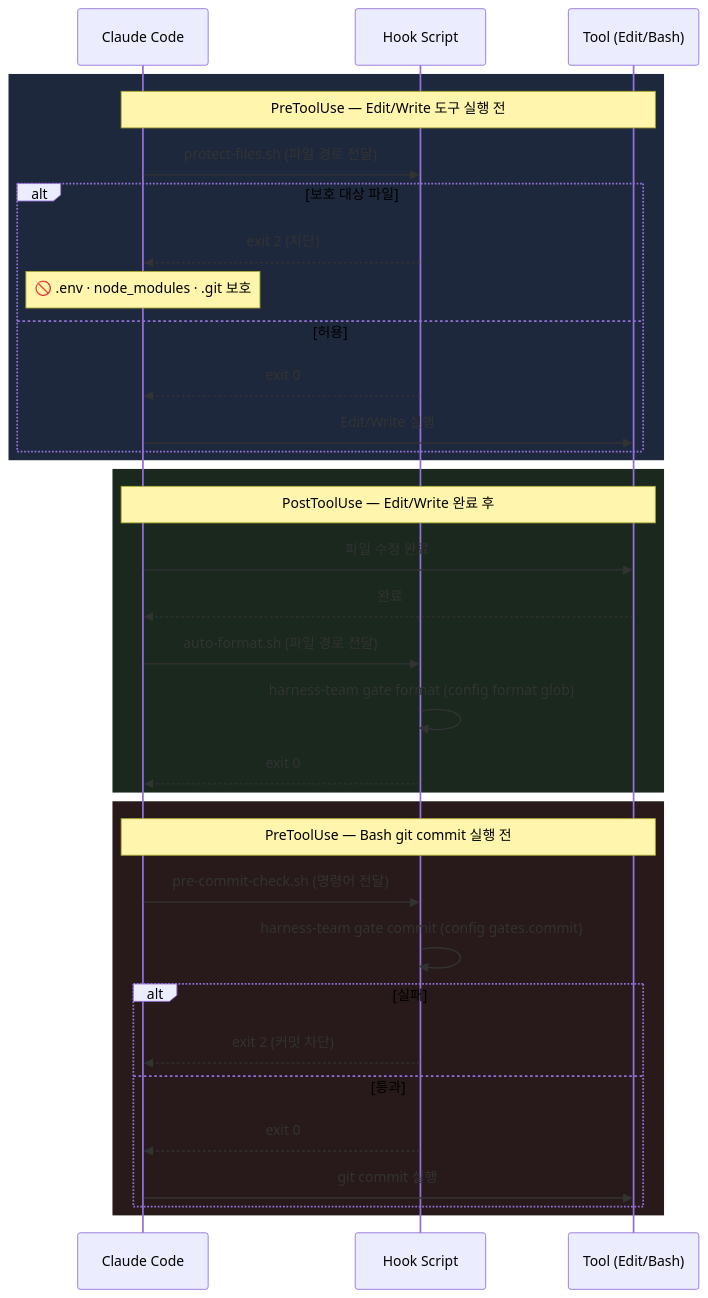
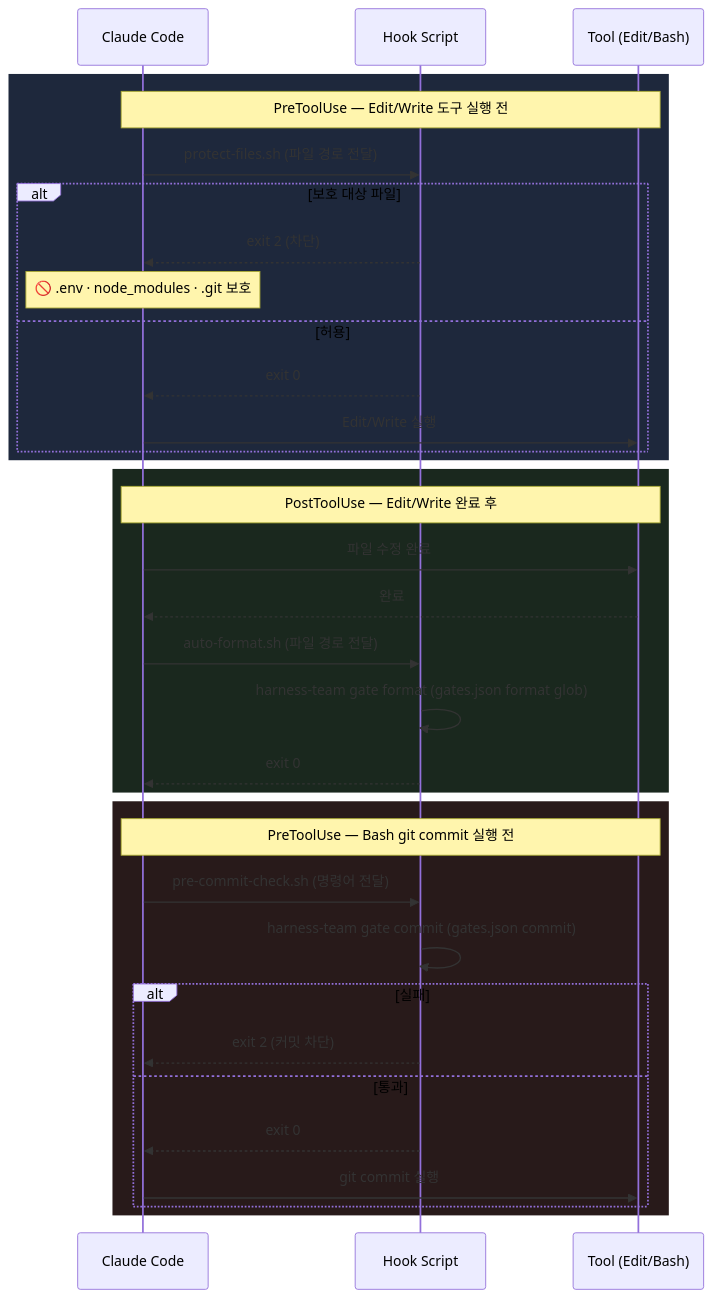
The diagram in docs/diagrams/harness-overview/hooks.mmd (bd-makers/team-harness), drawn with Mermaid before and after one commit. The commit also changed 23 other files, not shown here.

First line of the commit message:
fix(gate): 확정 게이트를 팀 파일 .harness/gates.json으로 — 리뷰 반영

```diff
--- a/docs/diagrams/harness-overview/hooks.mmd
+++ b/docs/diagrams/harness-overview/hooks.mmd
@@ -1,37 +1,37 @@
 sequenceDiagram
     participant Claude as Claude Code
     participant Hook as Hook Script
     participant Tool as Tool (Edit/Bash)
 
     rect rgb(30, 40, 60)
         Note over Claude,Tool: PreToolUse — Edit/Write 도구 실행 전
         Claude->>Hook: protect-files.sh (파일 경로 전달)
         alt 보호 대상 파일
             Hook-->>Claude: exit 2 (차단)
             Note over Claude: 🚫 .env · node_modules · .git 보호
         else 허용
             Hook-->>Claude: exit 0
             Claude->>Tool: Edit/Write 실행
         end
     end
 
     rect rgb(26, 40, 30)
         Note over Claude,Tool: PostToolUse — Edit/Write 완료 후
         Claude->>Tool: 파일 수정 완료
         Tool-->>Claude: 완료
         Claude->>Hook: auto-format.sh (파일 경로 전달)
-        Hook->>Hook: harness-team gate format (config format glob)
+        Hook->>Hook: harness-team gate format (gates.json format glob)
         Hook-->>Claude: exit 0
     end
 
     rect rgb(40, 26, 26)
         Note over Claude,Tool: PreToolUse — Bash git commit 실행 전
         Claude->>Hook: pre-commit-check.sh (명령어 전달)
-        Hook->>Hook: harness-team gate commit (config gates.commit)
+        Hook->>Hook: harness-team gate commit (gates.json commit)
         alt 실패
             Hook-->>Claude: exit 2 (커밋 차단)
         else 통과
             Hook-->>Claude: exit 0
             Claude->>Tool: git commit 실행
         end
     end
```
